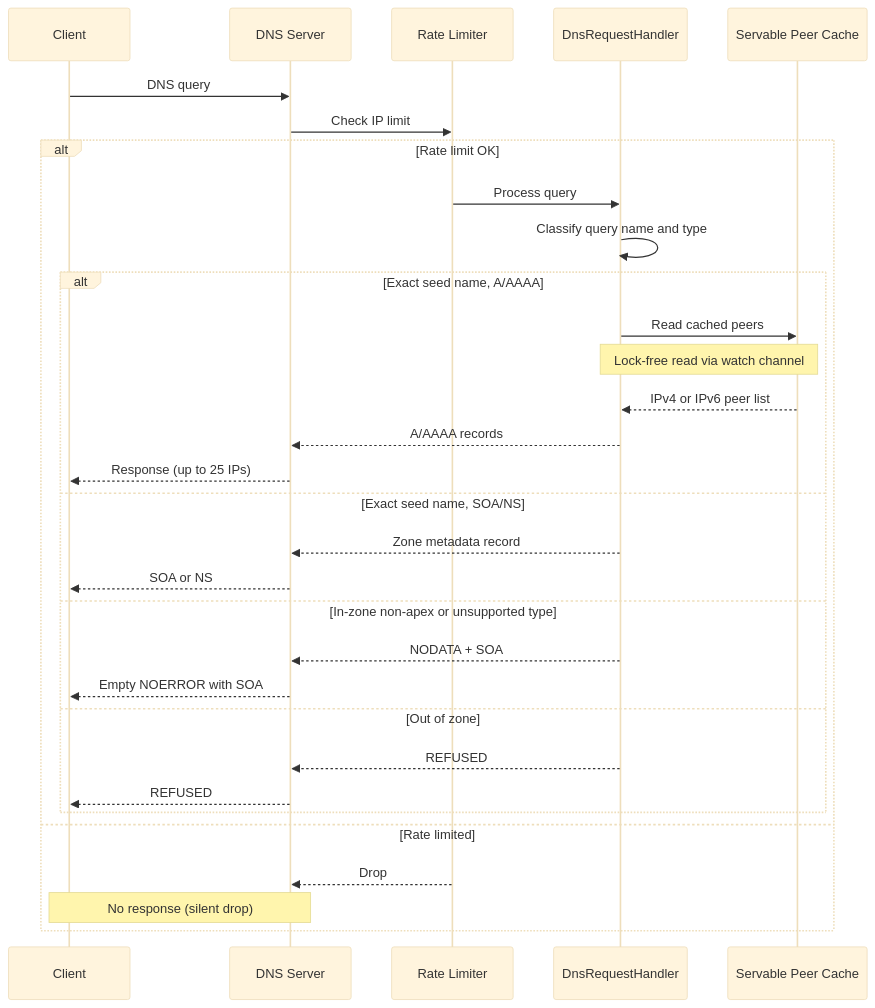
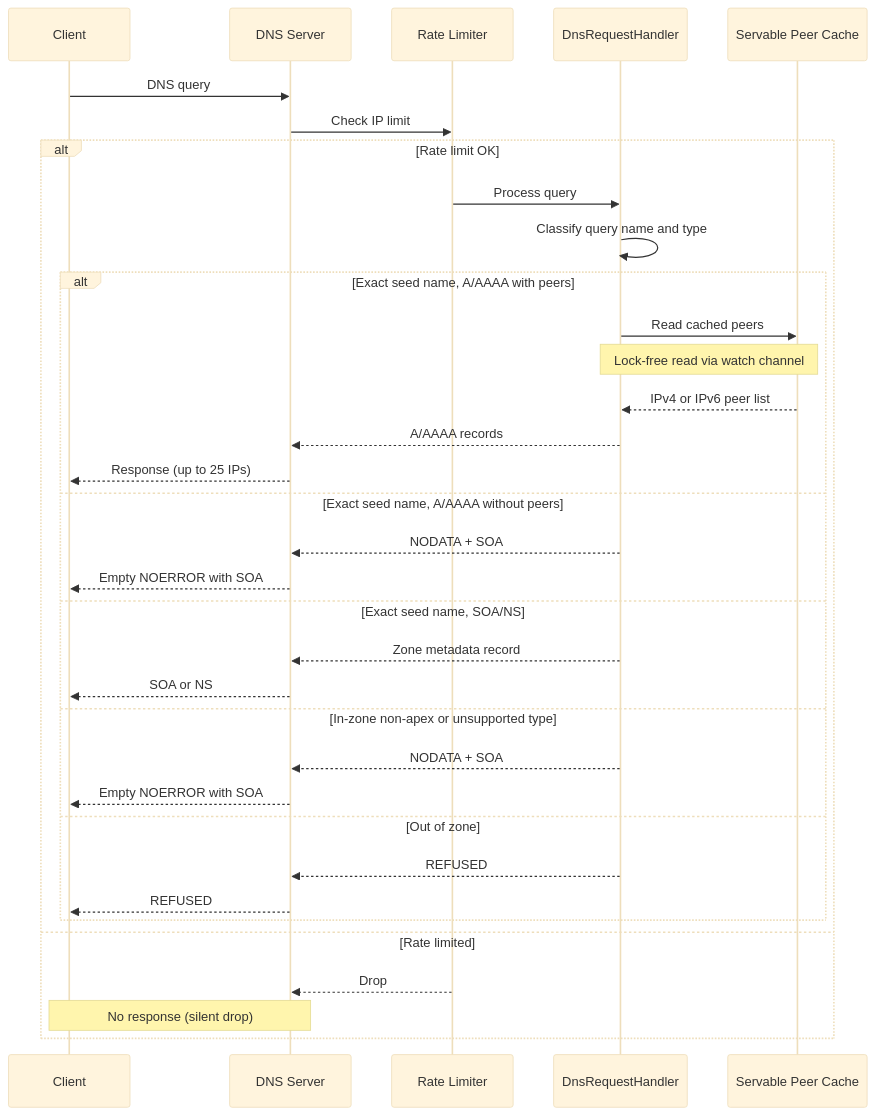
Before and after one commit to ZcashFoundation/zeeder: the second of 4 diagrams in docs/architecture.md, drawn with Mermaid (base theme). The commit also changed other lines of this file and 10 other files, not shown here.

````diff
--- a/docs/architecture.md
+++ b/docs/architecture.md
@@ -46,28 +46,31 @@
 ```mermaid
 sequenceDiagram
     Client->>DNS Server: DNS query
     DNS Server->>Rate Limiter: Check IP limit
     alt Rate limit OK
         Rate Limiter->>DnsRequestHandler: Process query
         DnsRequestHandler->>DnsRequestHandler: Classify query name and type
-        alt Exact seed name, A/AAAA
+        alt Exact seed name, A/AAAA with peers
             DnsRequestHandler->>Servable Peer Cache: Read cached peers
             Note over DnsRequestHandler,Servable Peer Cache: Lock-free read via watch channel
             Servable Peer Cache-->>DnsRequestHandler: IPv4 or IPv6 peer list
             DnsRequestHandler-->>DNS Server: A/AAAA records
             DNS Server-->>Client: Response (up to 25 IPs)
+        else Exact seed name, A/AAAA without peers
+            DnsRequestHandler-->>DNS Server: NODATA + SOA
+            DNS Server-->>Client: Empty NOERROR with SOA
         else Exact seed name, SOA/NS
             DnsRequestHandler-->>DNS Server: Zone metadata record
             DNS Server-->>Client: SOA or NS
         else In-zone non-apex or unsupported type
             DnsRequestHandler-->>DNS Server: NODATA + SOA
             DNS Server-->>Client: Empty NOERROR with SOA
         else Out of zone
             DnsRequestHandler-->>DNS Server: REFUSED
             DNS Server-->>Client: REFUSED
         end
     else Rate limited
         Rate Limiter-->>DNS Server: Drop
         Note over Client,DNS Server: No response (silent drop)
     end
 ```
````
